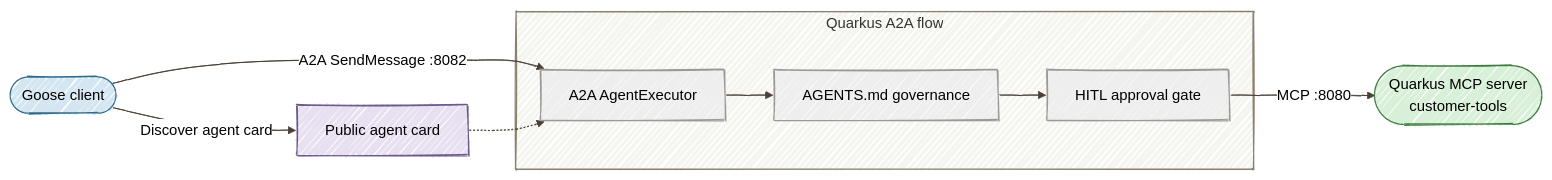
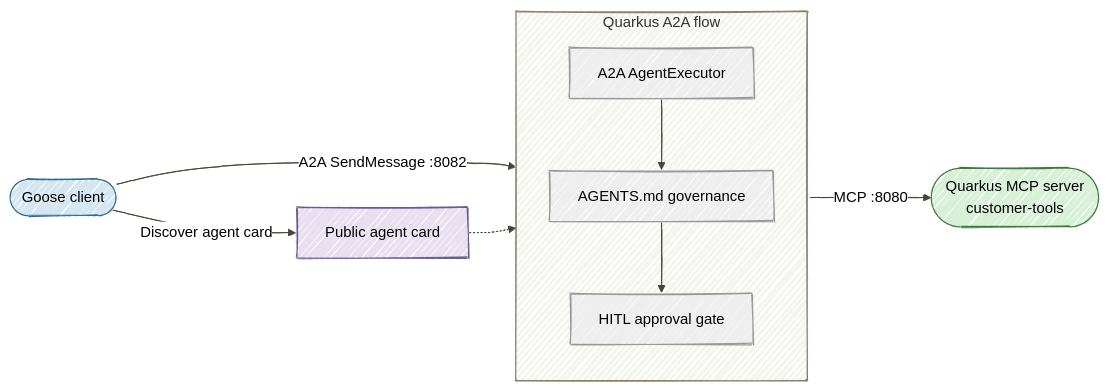
One commit to danieloh30/governed-agent-platform changed the first of 2 diagrams in docs/tutorials/04-multi-agent-governance.md. Above: the diagram before and after it, drawn with Mermaid. The commit also changed other lines of this file and 19 other files, not shown here.

````diff
--- a/docs/tutorials/04-multi-agent-governance.md
+++ b/docs/tutorials/04-multi-agent-governance.md
@@ -50,20 +48,20 @@
 ```mermaid
 %%{init: {'look':'handDrawn','theme':'neutral','themeVariables': {'lineColor':'#4A4035'}}}%%
 flowchart LR
-    G([Goose client]) -->|Discover agent card| CARD["Public agent card"]
-    G -->|A2A SendMessage :8082| EXEC
+    G([Goose client]) -->|Discover agent card| CARD[Public agent card]
+    G -->|A2A SendMessage :8082| FLOW
+    FLOW -->|MCP :8080| MCP([Quarkus MCP server<br/>customer-tools])
 
-    subgraph QFLOW["Quarkus A2A flow"]
-        EXEC["A2A AgentExecutor"]
-        GOV["AGENTS.md governance"]
-        HITL["HITL approval gate"]
+    subgraph FLOW[Quarkus A2A flow]
+        EXEC[A2A AgentExecutor]
+        GOV[AGENTS.md governance]
+        HITL[HITL approval gate]
         EXEC --> GOV --> HITL
     end
 
-    HITL -->|MCP :8080| MCP(["Quarkus MCP server<br/>customer-tools"])
-    CARD -.-> EXEC
+    CARD -.-> FLOW
     style G fill:#D4E6F1,stroke:#2E6B8A
-    style QFLOW fill:#F5F5F0,stroke:#8B8070
+    style FLOW fill:#F5F5F0,stroke:#8B8070
     style CARD fill:#E8E0F0,stroke:#6B5B8A
     style MCP fill:#D8F0D8,stroke:#3D7A3D
 ```
````
